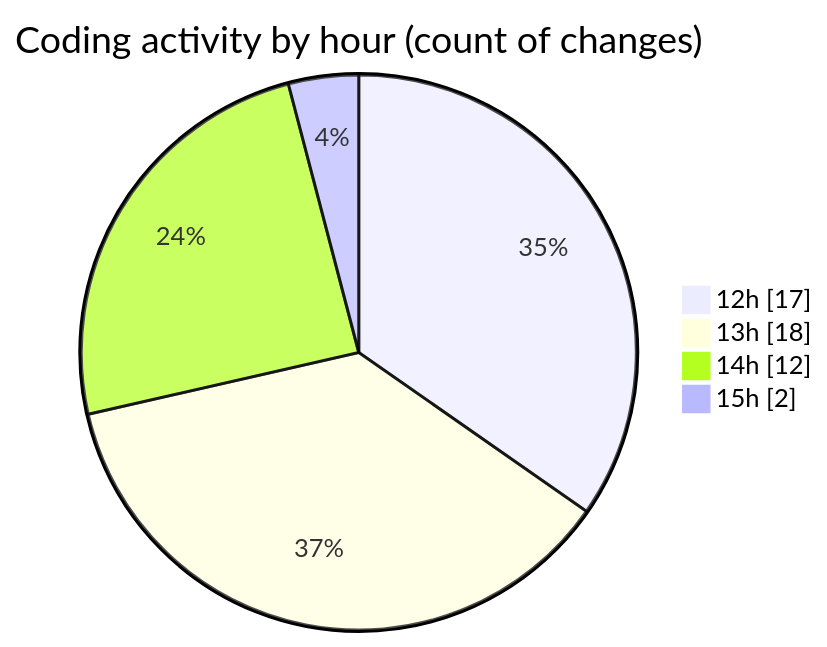
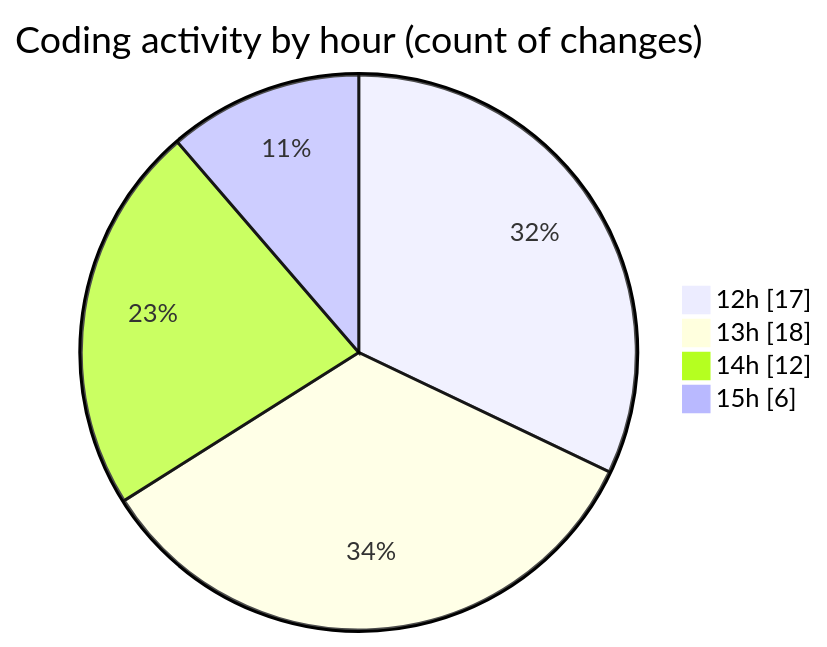
The second of 2 diagrams in 2025-06-01/video_app/README.md (CELIANVF/code-tracking), drawn with Mermaid before and after one commit. The commit also changed other lines of this file and 1 other file, not shown here.

````diff
--- a/2025-06-01/video_app/README.md
+++ b/2025-06-01/video_app/README.md
@@ -38,8 +38,8 @@
 ```mermaid
 pie showData
 title Coding activity by hour (count of changes)
 "12h" : 17
 "13h" : 18
 "14h" : 12
-"15h" : 2
+"15h" : 6
 ```
````
